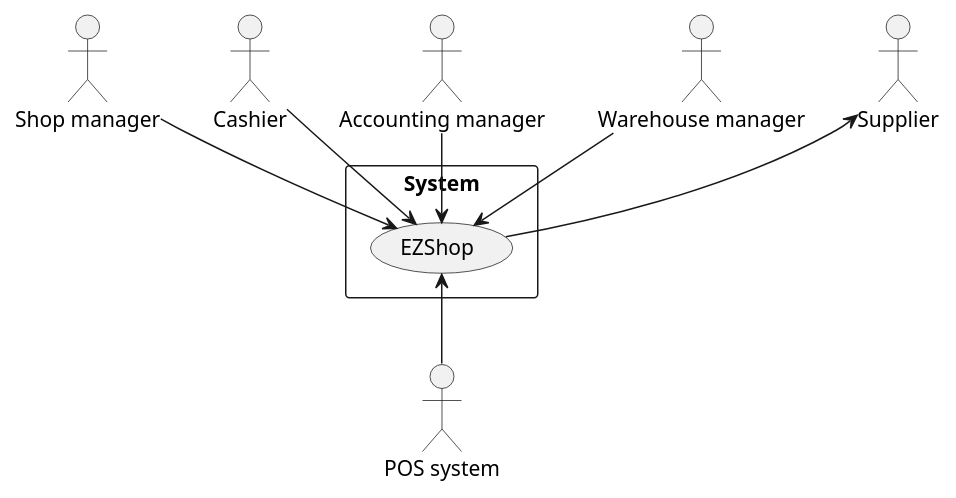
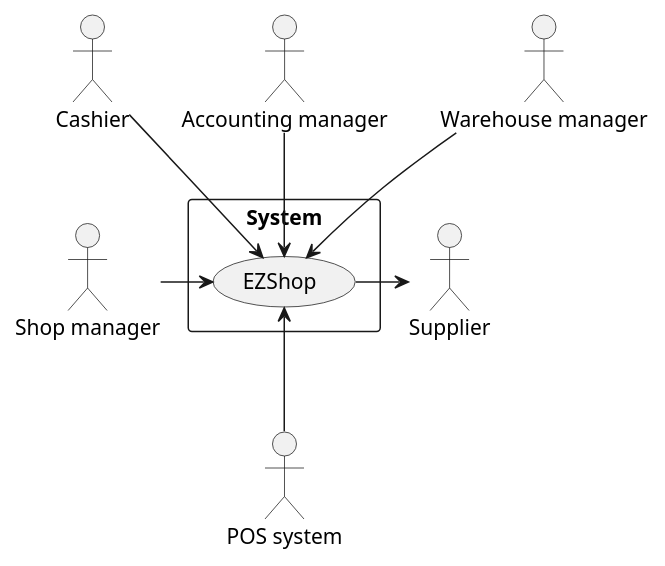
The first of 5 diagrams in Deliverables/RequirementsDocument.md (BMike10/EzShop), drawn with PlantUML before and after one commit. The commit also changed other lines of this file and 2 other files, not shown here.

```diff
--- a/Deliverables/RequirementsDocument.md
+++ b/Deliverables/RequirementsDocument.md
@@ -59,21 +62,21 @@
 	@startuml context_diagram
 		actor :Shop manager: as sm
 		actor :Cashier: as cr
 		actor :Accounting manager: as am
 		' actor :Customer management system: as cms
 		actor :Warehouse manager: as wm
 		'	actor :Inventory and Catalogue system: as i	:
 		actor :Supplier: as s
 		actor :POS system: as ccs
 		rectangle System{
 		usecase EZShop
 		}
-		sm --> EZShop
+		sm -> EZShop
 		cr --> EZShop
 		am --> EZShop
 		wm --> EZShop
 		'	i --> EZShop
-		s <-- EZShop
+		s <- EZShop
 		' EZShop <-- cms
 		EZShop <-- ccs
 	@enduml
```
